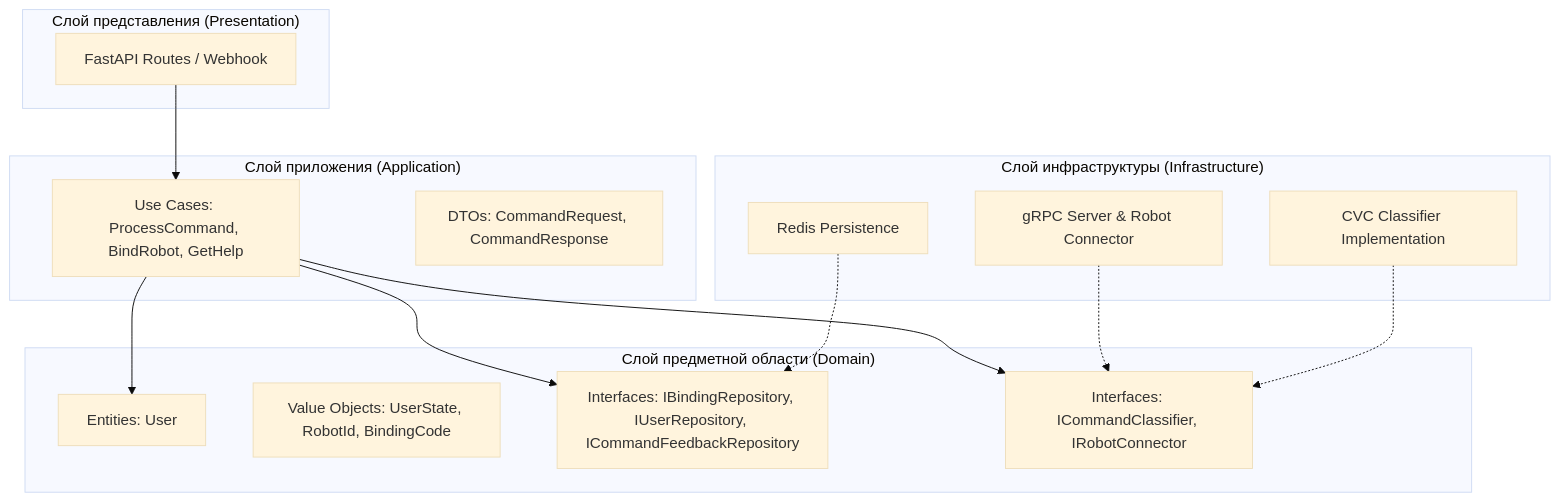
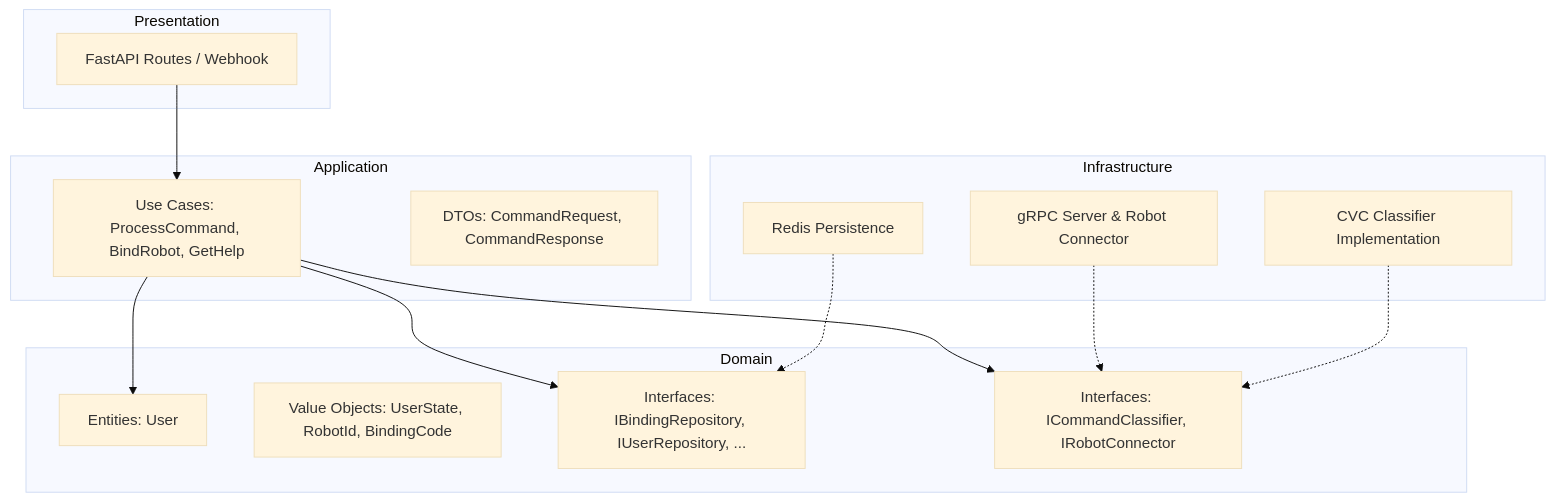
Before and after one commit to ShiWarai/RDS-2P-Salute: the diagram in README.md, drawn with Mermaid (base theme). The commit also changed other lines of this file and 1 other file, not shown here.

````diff
--- a/README.md
+++ b/README.md
@@ -11,33 +101,32 @@
 ```mermaid
 graph TD
-    subgraph "Слой представления (Presentation)"
+    subgraph "Presentation"
         API[FastAPI Routes / Webhook]
     end
 
-    subgraph "Слой приложения (Application)"
+    subgraph "Application"
         UC[Use Cases: ProcessCommand, BindRobot, GetHelp]
         DTO[DTOs: CommandRequest, CommandResponse]
     end
 
-    subgraph "Слой предметной области (Domain)"
+    subgraph "Domain"
         Entities[Entities: User]
         VO[Value Objects: UserState, RobotId, BindingCode]
-        RepoInterfaces[Interfaces: IBindingRepository, IUserRepository, ICommandFeedbackRepository]
+        RepoInterfaces[Interfaces: IBindingRepository, IUserRepository, ...]
         ServiceInterfaces[Interfaces: ICommandClassifier, IRobotConnector]
     end
 
-    subgraph "Слой инфраструктуры (Infrastructure)"
+    subgraph "Infrastructure"
         Redis[Redis Persistence]
         gRPC[gRPC Server & Robot Connector]
         CVC[CVC Classifier Implementation]
     end
 
     API --> UC
     UC --> Entities
     UC --> RepoInterfaces
     UC --> ServiceInterfaces
-    
     Redis -.-> RepoInterfaces
     gRPC -.-> ServiceInterfaces
     CVC -.-> ServiceInterfaces
 ```
````
